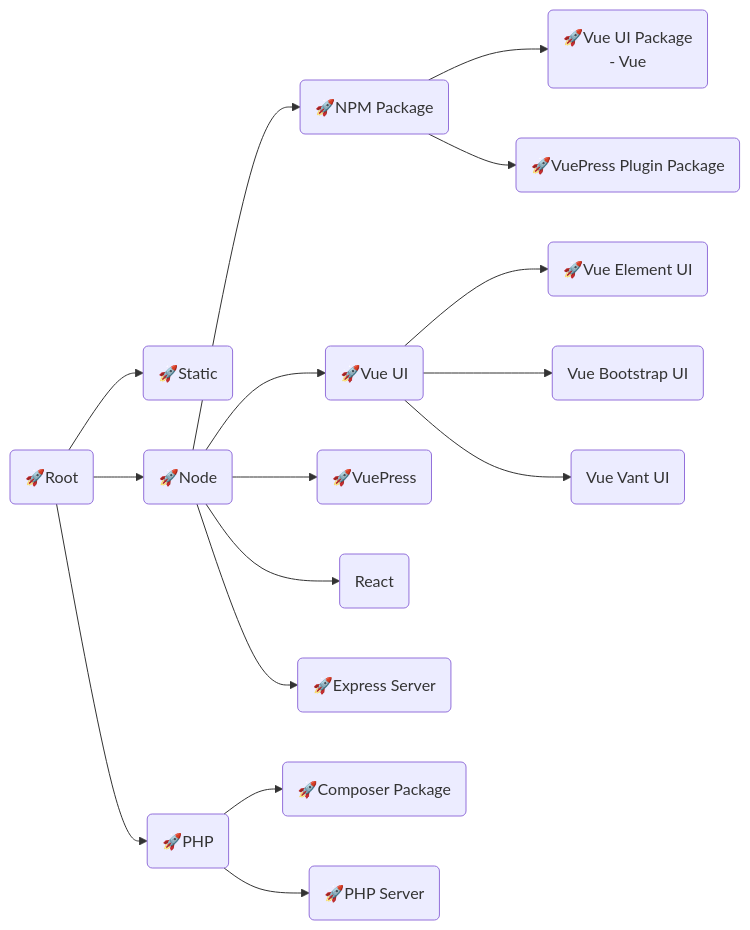
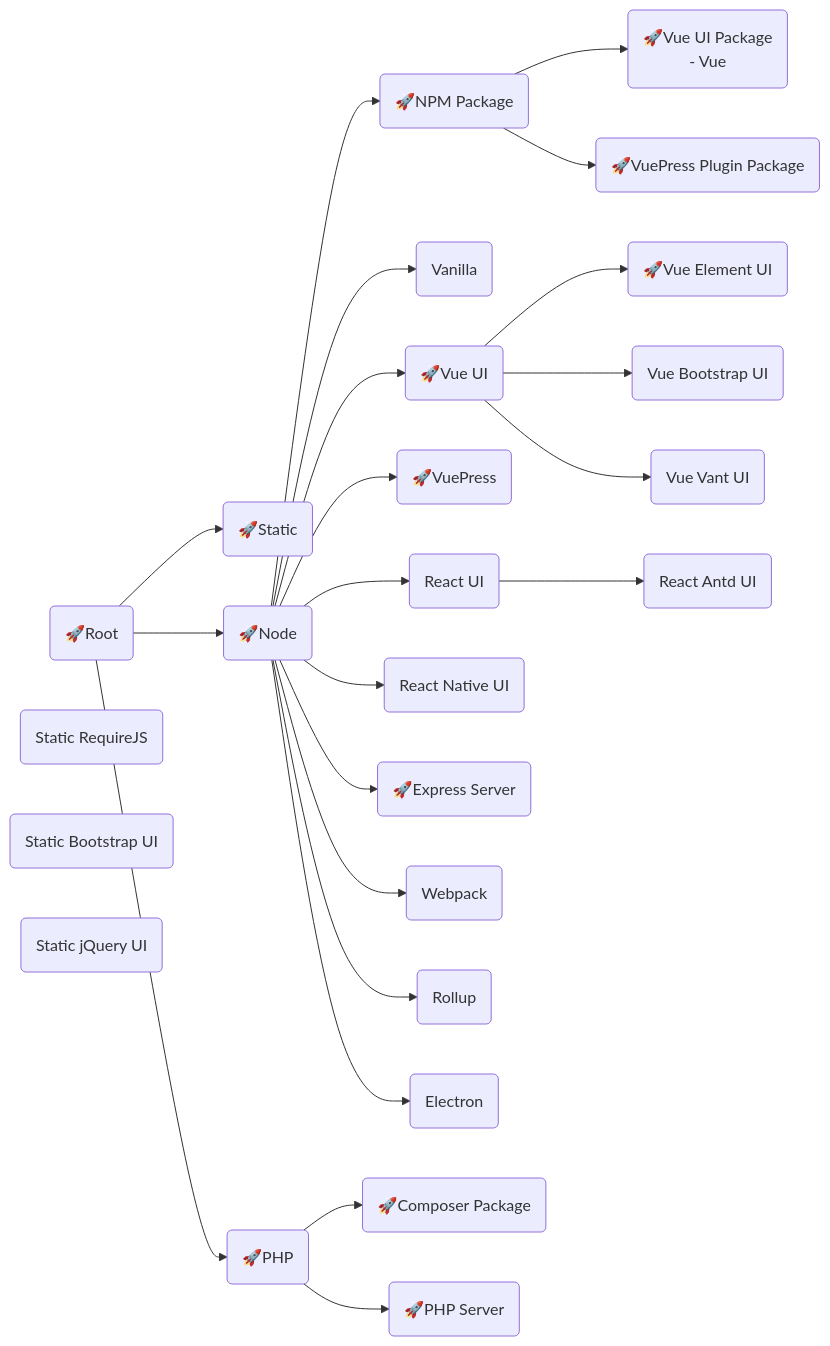
The diagram in profile/README.md (langnang-templates/.github), drawn with Mermaid before and after one commit.

````diff
--- a/profile/README.md
+++ b/profile/README.md
@@ -1,35 +1,43 @@
 ```mermaid
 flowchart LR
 Root("🚀Root")
 	click Root "https://github.com/langnang-temp/root"
 
 Root-->Static("🚀Static")
 	click Static "https://github.com/langnang-temp/static"
-
+	Static_RequireJS("Static RequireJS")
+	Static_Bootstrap_UI("Static Bootstrap UI")
+	Static_jQuery_UI("Static jQuery UI")
 Root-->Node("🚀Node")
 	click Node "https://github.com/langnang-temp/node"
 	Node-->NPM_Package("🚀NPM Package")
 		click NPM_Package "https://github.com/langnang-temp/npm-package"
 		NPM_Package-->Vue_UI_Package("🚀Vue UI Package \n- Vue ")
 			click Vue_UI_Package "https://github.com/langnang-temp/vue-ui-package"
 		NPM_Package-->VuePress_Plugin_Package("🚀VuePress Plugin Package")
 			click VuePress_Plugin_Package "https://github.com/langnang-temp/vuepress-plugin-package"
+	Node-->Vanilla("Vanilla")
 	Node-->Vue_UI("🚀Vue UI")
 		click Vue_UI "https://github.com/langnang-temp/vue-ui"
 		Vue_UI-->Vue_Element_UI("🚀Vue Element UI")
 			click Vue_Element_UI "https://github.com/langnang-temp/vue-element-ui"
 		Vue_UI-->Vue_Bootstrap_UI("Vue Bootstrap UI")
 		Vue_UI-->Vue_Vant_UI("Vue Vant UI")
 	Node-->VuePress("🚀VuePress")
 		click VuePress "https://github.com/langnang-temp/vuepress"
-	Node-->React(React)
+	Node-->React_UI("React UI")
+		React_UI-->React_Antd_UI("React Antd UI")
+	Node-->React_Native_UI("React Native UI")
 	Node-->Express_Server("🚀Express Server")
 		click Express_Server "https://github.com/langnang-temp/express-server"
+	Node-->Webpack("Webpack")
+	Node-->Rollup("Rollup")
+	Node-->Electron("Electron")
 
 Root-->PHP("🚀PHP")
 	click PHP "https://github.com/langnang-temp/php"
 	PHP-->Composer_Package("🚀Composer Package")
 	click Composer_Package "https://github.com/langnang-temp/composer-package"
 	PHP-->PHP_Server("🚀PHP Server")
 		click PHP_Server "https://github.com/langnang-temp/php-server"
 ```
````
